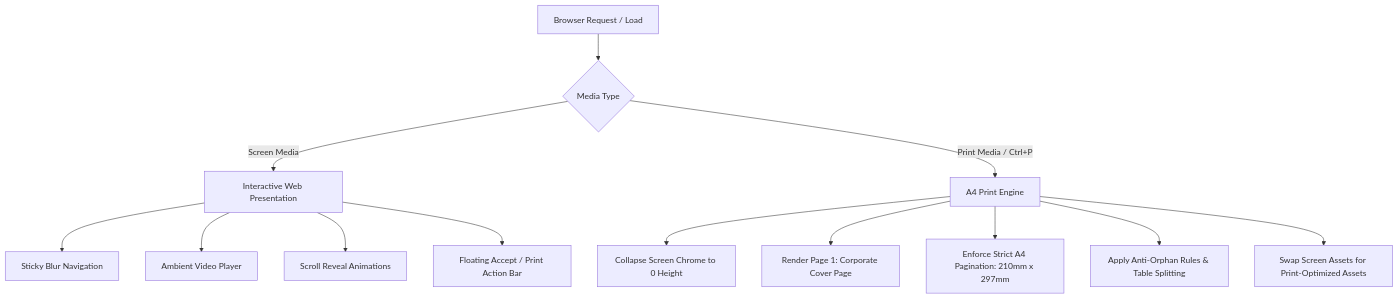
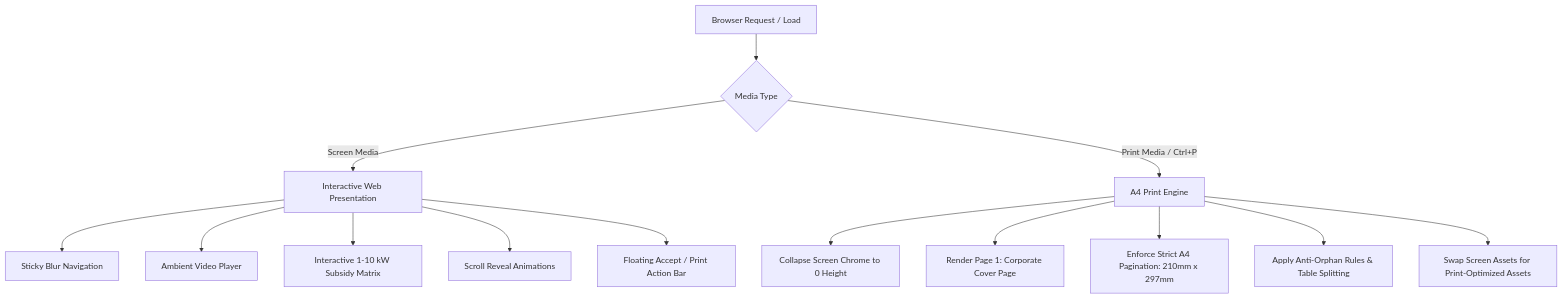
One commit to devvratyadav93/Devson-Renewable-Energy changed the diagram in TECH_SPEC.md. Above: the diagram before and after it, drawn with Mermaid. The commit also changed other lines of this file and 141 other files, not shown here.

````diff
--- a/TECH_SPEC.md
+++ b/TECH_SPEC.md
@@ -16,16 +16,17 @@
 ```mermaid
 graph TD
     A[Browser Request / Load] --> B{Media Type}
     B -->|Screen Media| C[Interactive Web Presentation]
     C --> C1[Sticky Blur Navigation]
     C --> C2[Ambient Video Player]
-    C --> C3[Scroll Reveal Animations]
-    C --> C4[Floating Accept / Print Action Bar]
+    C --> C3[Interactive 1-10 kW Subsidy Matrix]
+    C --> C4[Scroll Reveal Animations]
+    C --> C5[Floating Accept / Print Action Bar]
     
     B -->|Print Media / Ctrl+P| D[A4 Print Engine]
     D --> D1[Collapse Screen Chrome to 0 Height]
     D --> D2[Render Page 1: Corporate Cover Page]
     D --> D3[Enforce Strict A4 Pagination: 210mm x 297mm]
     D --> D4[Apply Anti-Orphan Rules & Table Splitting]
     D --> D5[Swap Screen Assets for Print-Optimized Assets]
 ```
````
